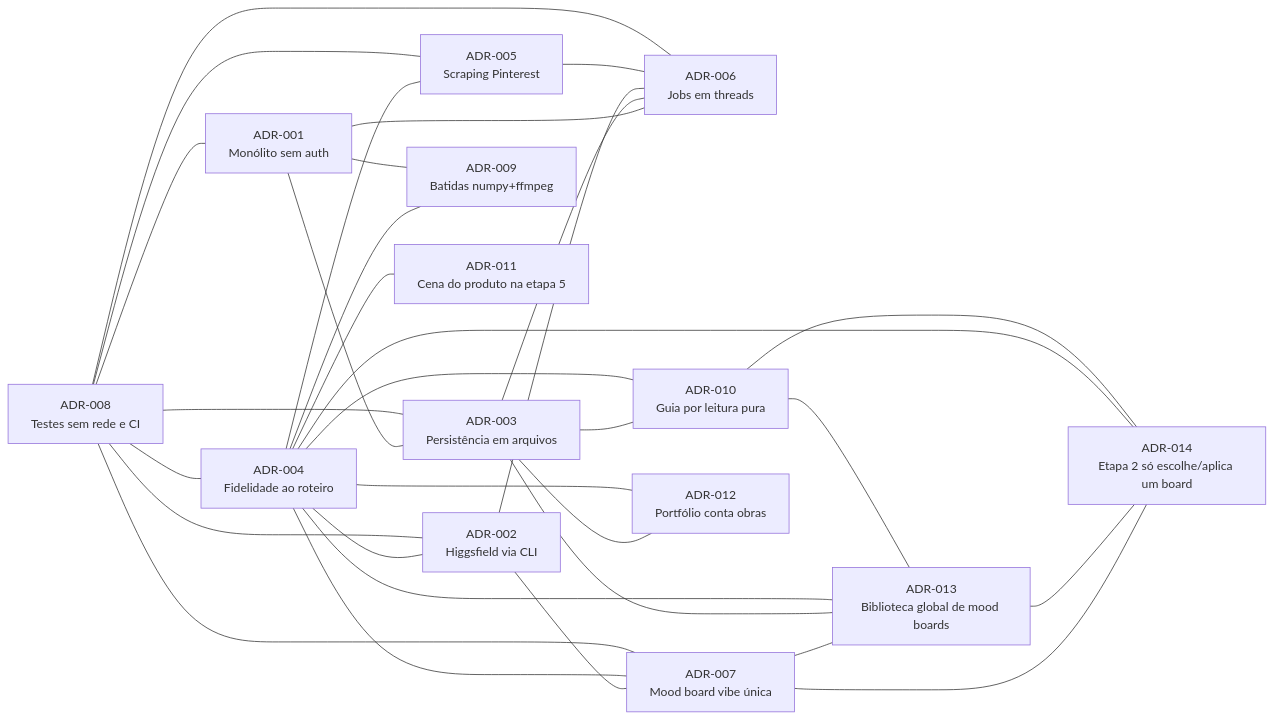
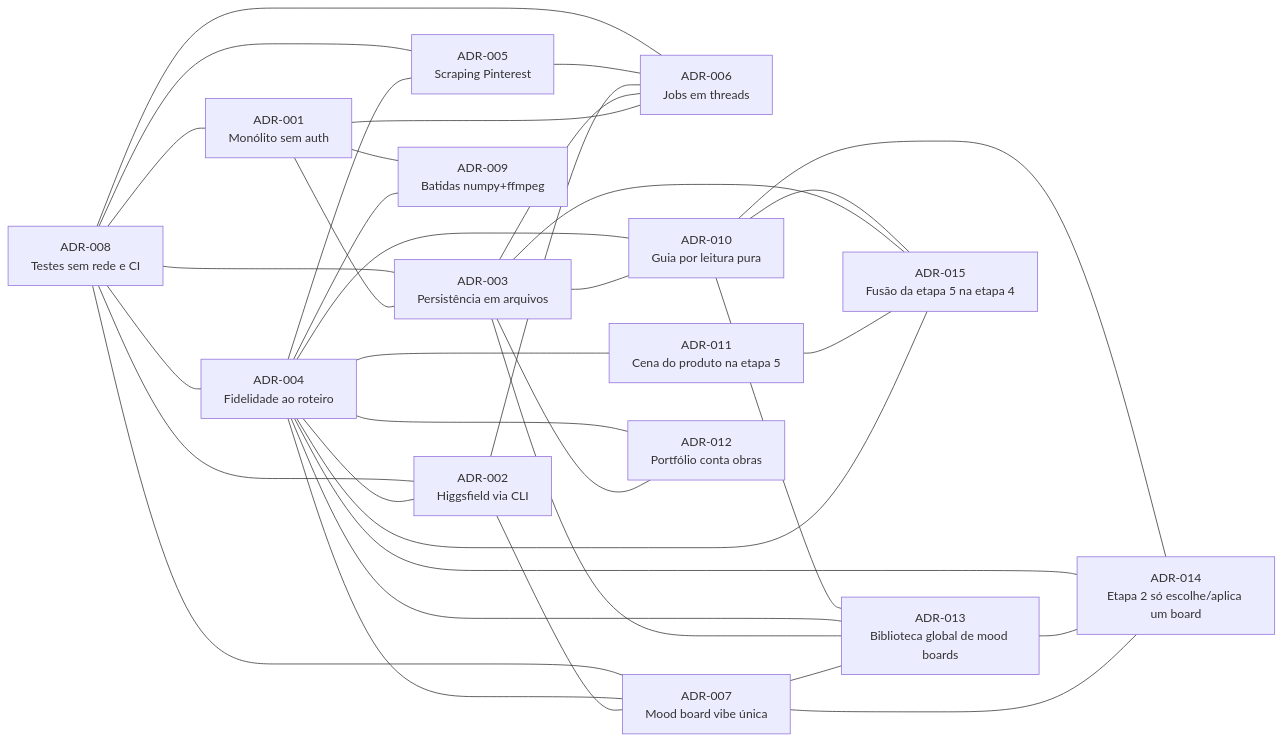
The diagram in docs/adrs/README.md (Arthur-Diego/orquestrador-studio), drawn with Mermaid before and after one commit. The commit also changed other lines of this file and 95 other files, not shown here.

````diff
--- a/docs/adrs/README.md
+++ b/docs/adrs/README.md
@@ -27,49 +28,54 @@
 ```mermaid
 graph LR
     ADR001["ADR-001<br/>Monólito sem auth"]
     ADR002["ADR-002<br/>Higgsfield via CLI"]
     ADR003["ADR-003<br/>Persistência em arquivos"]
     ADR004["ADR-004<br/>Fidelidade ao roteiro"]
     ADR005["ADR-005<br/>Scraping Pinterest"]
     ADR006["ADR-006<br/>Jobs em threads"]
     ADR007["ADR-007<br/>Mood board vibe única"]
     ADR008["ADR-008<br/>Testes sem rede e CI"]
 
     ADR001 --- ADR003
     ADR001 --- ADR006
     ADR003 --- ADR006
     ADR002 --- ADR006
     ADR005 --- ADR006
     ADR002 --- ADR007
     ADR004 --- ADR002
     ADR004 --- ADR005
     ADR004 --- ADR007
     ADR008 --- ADR001
     ADR008 --- ADR002
     ADR008 --- ADR003
     ADR008 --- ADR004
     ADR008 --- ADR005
     ADR008 --- ADR006
     ADR008 --- ADR007
     ADR009["ADR-009<br/>Batidas numpy+ffmpeg"]
     ADR010["ADR-010<br/>Guia por leitura pura"]
     ADR011["ADR-011<br/>Cena do produto na etapa 5"]
     ADR012["ADR-012<br/>Portfólio conta obras"]
     ADR004 --- ADR009
     ADR001 --- ADR009
     ADR003 --- ADR010
     ADR004 --- ADR010
     ADR004 --- ADR011
     ADR003 --- ADR012
     ADR004 --- ADR012
     ADR013["ADR-013<br/>Biblioteca global de mood boards"]
     ADR007 --- ADR013
     ADR003 --- ADR013
     ADR004 --- ADR013
     ADR010 --- ADR013
     ADR014["ADR-014<br/>Etapa 2 só escolhe/aplica um board"]
     ADR007 --- ADR014
     ADR013 --- ADR014
     ADR004 --- ADR014
     ADR010 --- ADR014
+    ADR015["ADR-015<br/>Fusão da etapa 5 na etapa 4"]
+    ADR004 --- ADR015
+    ADR011 --- ADR015
+    ADR003 --- ADR015
+    ADR010 --- ADR015
 ```
````
